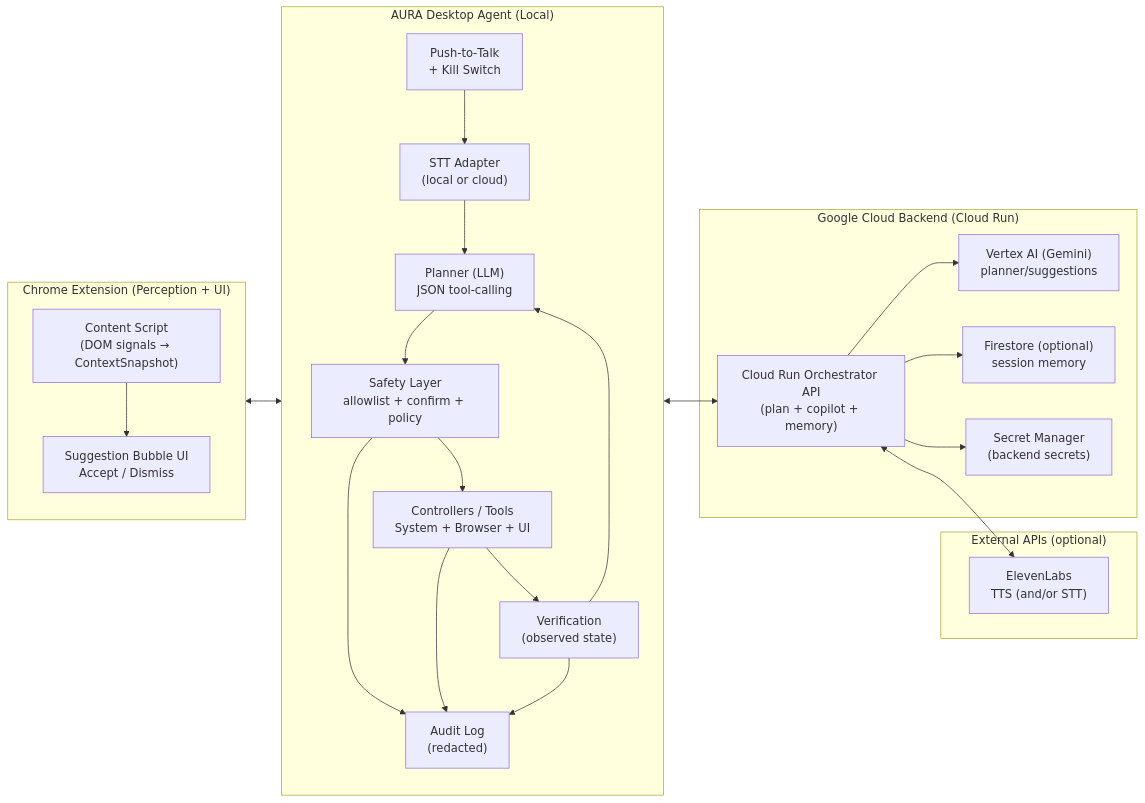
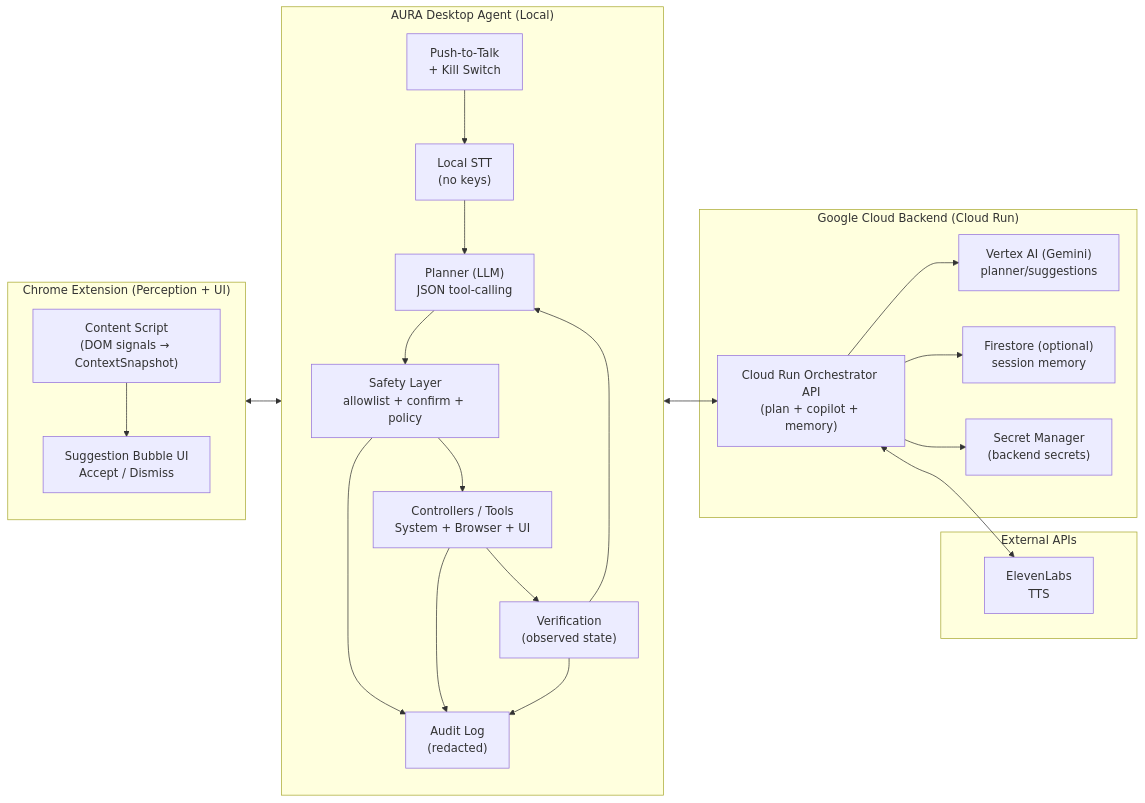
The diagram in README.md (optimusbuilder/Jarvis), drawn with Mermaid before and after one commit. The commit also changed other lines of this file and 1 other file, not shown here.

````diff
--- a/README.md
+++ b/README.md
@@ -36,40 +36,40 @@
 ```mermaid
 flowchart LR
   subgraph Browser["Chrome Extension (Perception + UI)"]
     CS["Content Script\n(DOM signals → ContextSnapshot)"]
     BGUI["Suggestion Bubble UI\nAccept / Dismiss"]
     CS --> BGUI
   end
 
   subgraph Desktop["AURA Desktop Agent (Local)"]
     PTT["Push‑to‑Talk\n+ Kill Switch"]
-    STT["STT Adapter\n(local or cloud)"]
+    STT["Local STT\n(no keys)"]
     PLAN["Planner (LLM)\nJSON tool-calling"]
     SAFE["Safety Layer\nallowlist + confirm + policy"]
     TOOLS["Controllers / Tools\nSystem + Browser + UI"]
     VERIFY["Verification\n(observed state)"]
     LOG["Audit Log\n(redacted)"]
     PTT --> STT --> PLAN --> SAFE --> TOOLS --> VERIFY --> PLAN
     SAFE --> LOG
     TOOLS --> LOG
     VERIFY --> LOG
   end
 
   subgraph GCP["Google Cloud Backend (Cloud Run)"]
     CR["Cloud Run Orchestrator API\n(plan + copilot + memory)"]
     VAI["Vertex AI (Gemini)\nplanner/suggestions"]
     FS["Firestore (optional)\nsession memory"]
     SM["Secret Manager\n(backend secrets)"]
     CR --> VAI
     CR --> FS
     CR --> SM
   end
 
-  subgraph External["External APIs (optional)"]
-    EL["ElevenLabs\nTTS (and/or STT)"]
+  subgraph External["External APIs"]
+    EL["ElevenLabs\nTTS"]
   end
 
   Browser <--> Desktop
   Desktop <--> CR
   CR <--> EL
 ```
````
